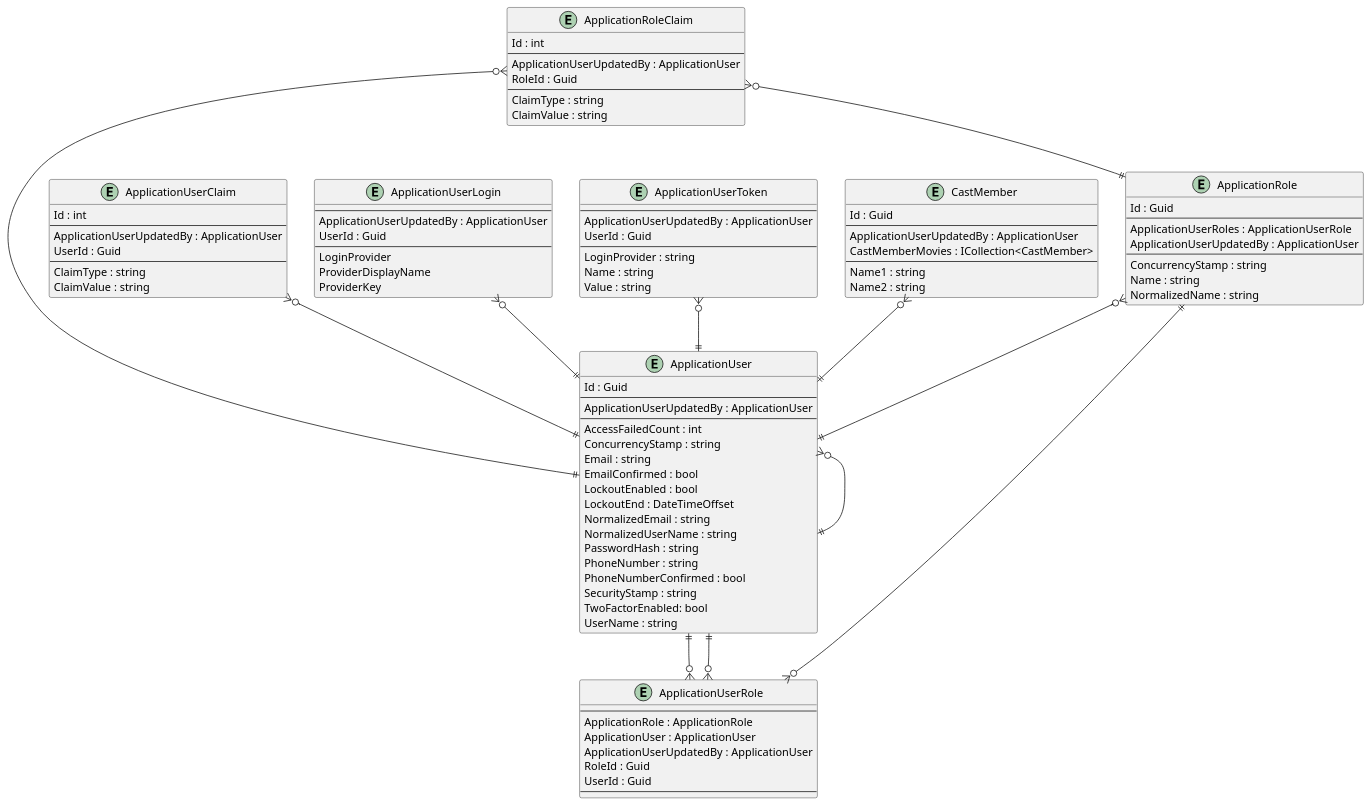
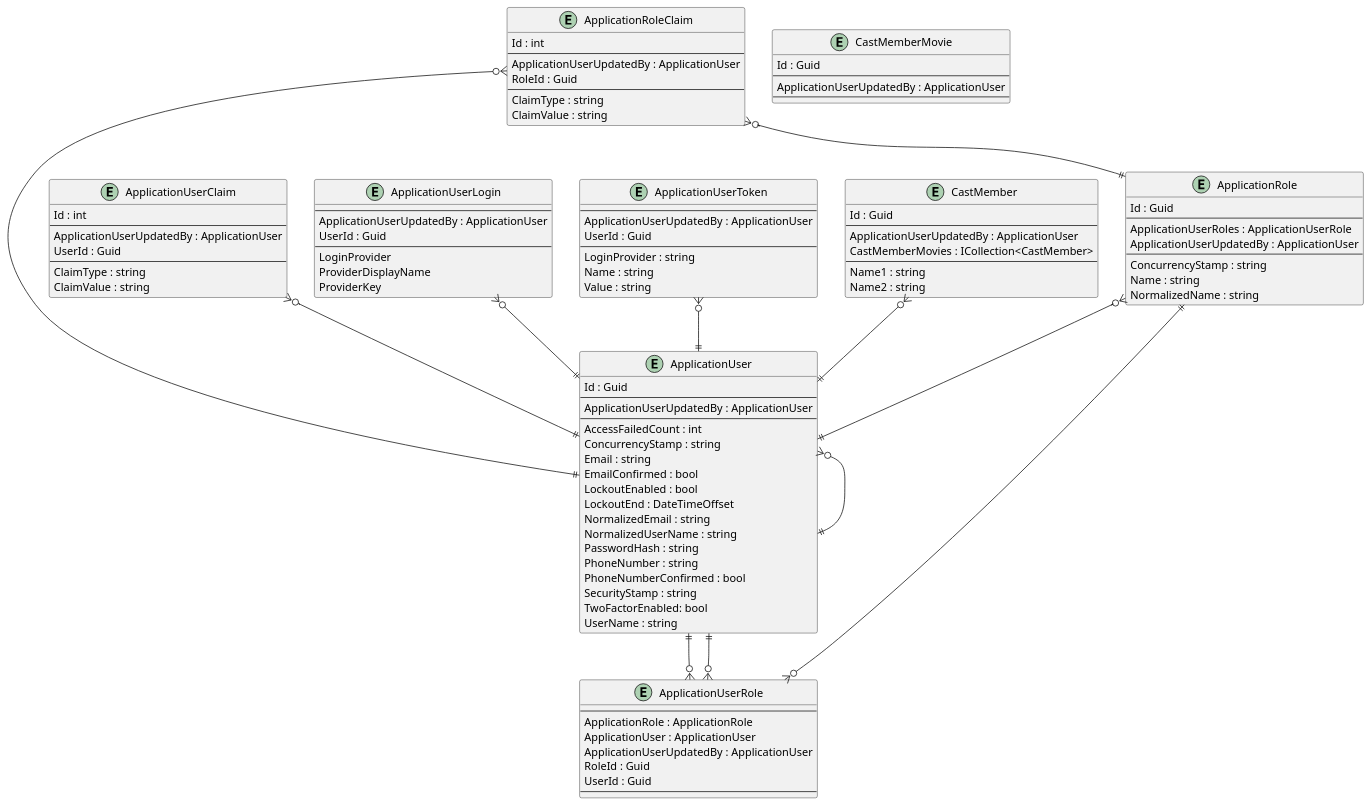
One commit to intrepion/BlazorWebAppMovies changed the diagram in .docs/BlazorWebAppMovies.pu. Above: the diagram before and after it, drawn with PlantUML.

```diff
--- a/.docs/BlazorWebAppMovies.pu
+++ b/.docs/BlazorWebAppMovies.pu
@@ -1,115 +1,124 @@
 @startuml
 
 entity ApplicationRole {
     Id : Guid
     --
     ApplicationUserRoles : ApplicationUserRole
     ApplicationUserUpdatedBy : ApplicationUser
     --
     ConcurrencyStamp : string
     Name : string
     NormalizedName : string
 }
 
 entity ApplicationRoleClaim {
     Id : int
     --
     ApplicationUserUpdatedBy : ApplicationUser
     RoleId : Guid
     --
     ClaimType : string
     ClaimValue : string
 }
 
 entity ApplicationUser {
     Id : Guid
     --
     ApplicationUserUpdatedBy : ApplicationUser
     ' ApplicationUserKeyCodePlaceholder
     --
     AccessFailedCount : int
     ConcurrencyStamp : string
     Email : string
     EmailConfirmed : bool
     LockoutEnabled : bool
     LockoutEnd : DateTimeOffset
     NormalizedEmail : string
     NormalizedUserName : string
     PasswordHash : string
     PhoneNumber : string
     PhoneNumberConfirmed : bool
     SecurityStamp : string
     TwoFactorEnabled: bool
     UserName : string
     ' ApplicationUserPropertyCodePlaceholder
 }
 
 entity ApplicationUserClaim {
     Id : int
     --
     ApplicationUserUpdatedBy : ApplicationUser
     UserId : Guid
     --
     ClaimType : string
     ClaimValue : string
 }
 
 entity ApplicationUserLogin {
     --
     ApplicationUserUpdatedBy : ApplicationUser
     UserId : Guid
     --
     LoginProvider
     ProviderDisplayName
     ProviderKey
 }
 
 entity ApplicationUserRole {
     --
     ApplicationRole : ApplicationRole
     ApplicationUser : ApplicationUser
     ApplicationUserUpdatedBy : ApplicationUser
     RoleId : Guid
     UserId : Guid
     --
 }
 
 entity ApplicationUserToken {
     --
     ApplicationUserUpdatedBy : ApplicationUser
     UserId : Guid
     --
     LoginProvider : string
     Name : string
     Value : string
 }
 
 entity CastMember {
     Id : Guid
     --
     ApplicationUserUpdatedBy : ApplicationUser
     CastMemberMovies : ICollection<CastMember>
     ' CastMemberKeyCodePlaceholder
     --
     Name1 : string
     Name2 : string
     ' CastMemberPropertyCodePlaceholder
 }
 
+entity CastMemberMovie {
+    Id : Guid
+    --
+    ApplicationUserUpdatedBy : ApplicationUser
+    ' CastMemberMovieKeyCodePlaceholder
+    --
+    ' CastMemberMoviePropertyCodePlaceholder
+}
+
 ' EntityCodePlaceholder
 
 ApplicationRole ||--o{ ApplicationUserRole
 ApplicationRole }o--|| ApplicationUser
 ApplicationRoleClaim }o--|| ApplicationRole
 ApplicationRoleClaim }o--|| ApplicationUser
 ApplicationUser }o--|| ApplicationUser
 ApplicationUser ||--o{ ApplicationUserRole
 ApplicationUserClaim }o--|| ApplicationUser
 ApplicationUserLogin }o--|| ApplicationUser
 ApplicationUserRole }o--|| ApplicationUser
 ApplicationUserToken }o--|| ApplicationUser
 
 CastMember }o--|| ApplicationUser
 ' RelationshipCodePlaceholder
 
 @enduml
```
